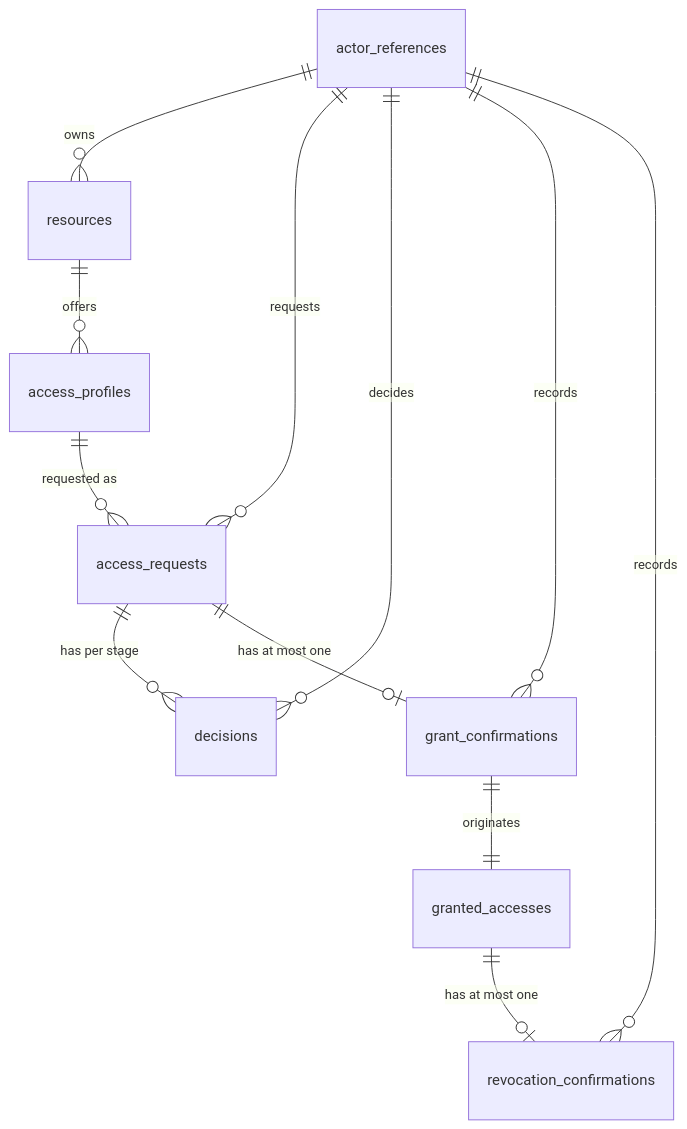
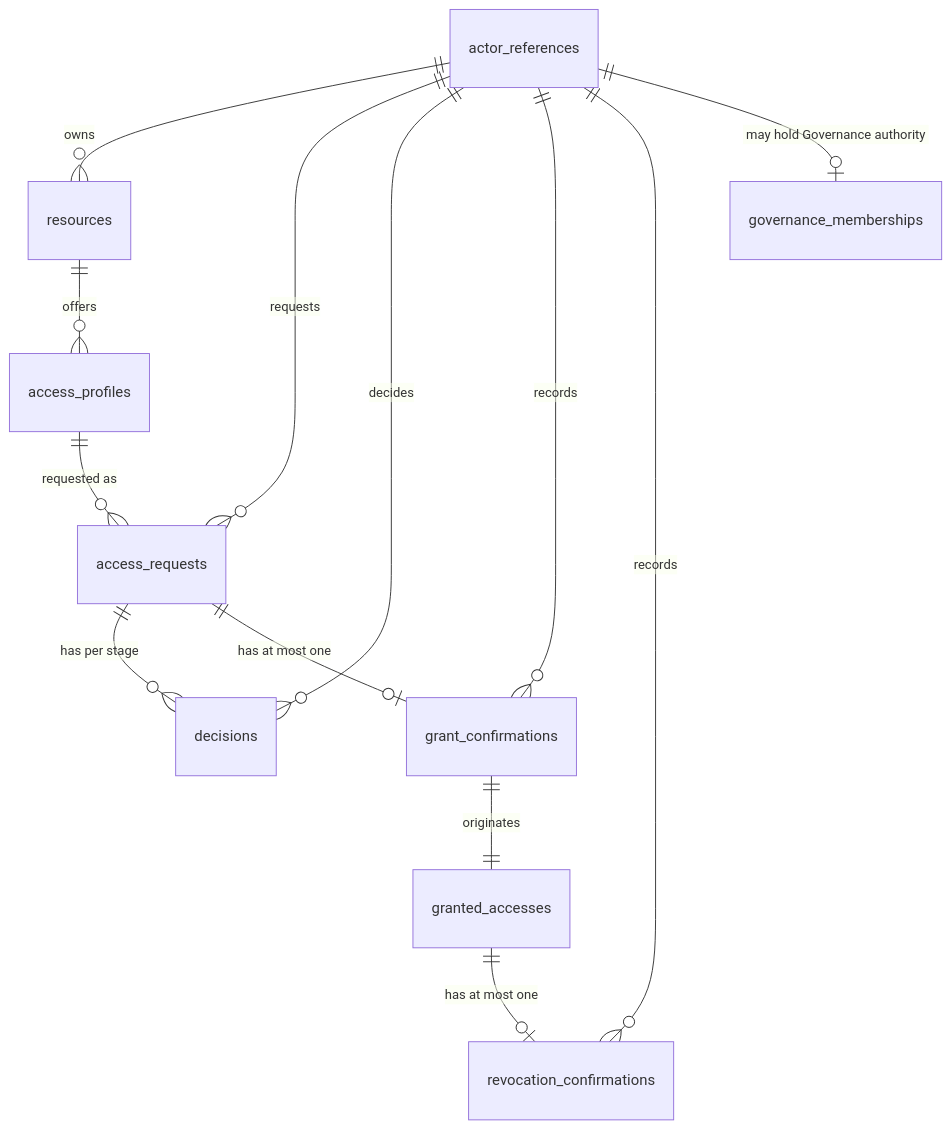
Before and after one commit to rodolforsj/stewardarc-access-governance: the diagram in docs/architecture/data-model.md, drawn with Mermaid. The commit also changed other lines of this file and 3 other files, not shown here.

Commit message:
docs: define governance authority baseline

````diff
--- a/docs/architecture/data-model.md
+++ b/docs/architecture/data-model.md
@@ -192,14 +210,15 @@
 ```mermaid
 erDiagram
     actor_references ||--o{ resources : "owns"
     actor_references ||--o{ access_requests : "requests"
     actor_references ||--o{ decisions : "decides"
     actor_references ||--o{ grant_confirmations : "records"
     actor_references ||--o{ revocation_confirmations : "records"
+    actor_references ||--o| governance_memberships : "may hold Governance authority"
     resources ||--o{ access_profiles : "offers"
     access_profiles ||--o{ access_requests : "requested as"
     access_requests ||--o{ decisions : "has per stage"
     access_requests ||--o| grant_confirmations : "has at most one"
     grant_confirmations ||--|| granted_accesses : "originates"
     granted_accesses ||--o| revocation_confirmations : "has at most one"
 ```
````
